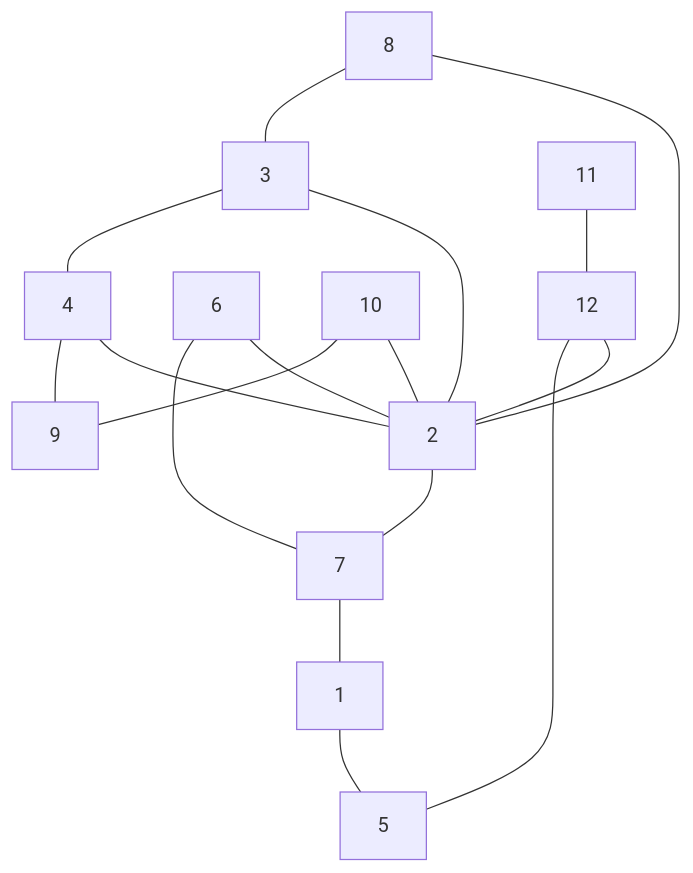
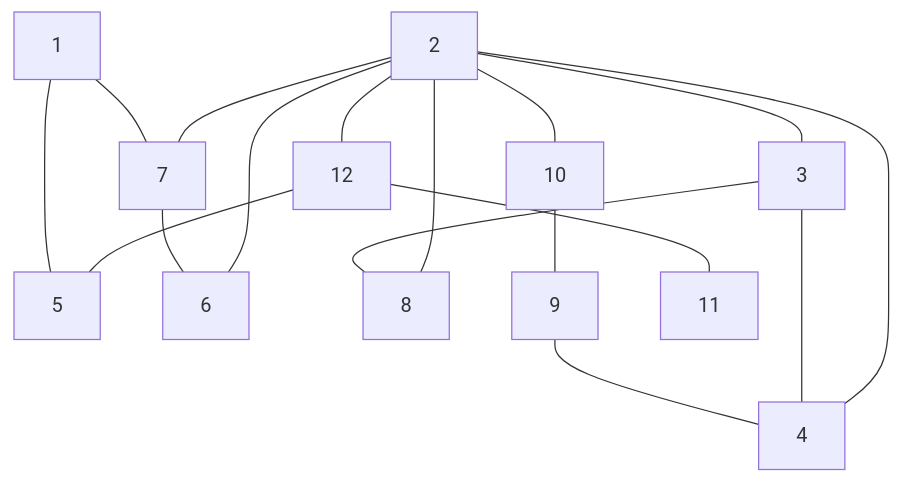
The diagram in README.md (antononcube/Raku-Graph), drawn with Mermaid before and after one commit. The commit also changed other lines of this file and 1 other file, not shown here.

Commit message:
docs:Added video reference.

````diff
--- a/README.md
+++ b/README.md
@@ -146,19 +148,19 @@
 ```mermaid
 graph TD
-8 --- 3
-8 --- 2
-11 --- 12
-6 --- 7
-6 --- 2
+2 --- 10
+2 --- 7
+2 --- 3
+2 --- 4
+2 --- 8
+2 --- 12
+2 --- 6
+12 --- 11
+12 --- 5
 3 --- 4
-3 --- 2
-4 --- 9
-4 --- 2
-12 --- 5
-12 --- 2
+3 --- 8
 10 --- 9
-10 --- 2
-2 --- 7
-7 --- 1
+1 --- 7
 1 --- 5
+7 --- 6
+9 --- 4
 ```
````
